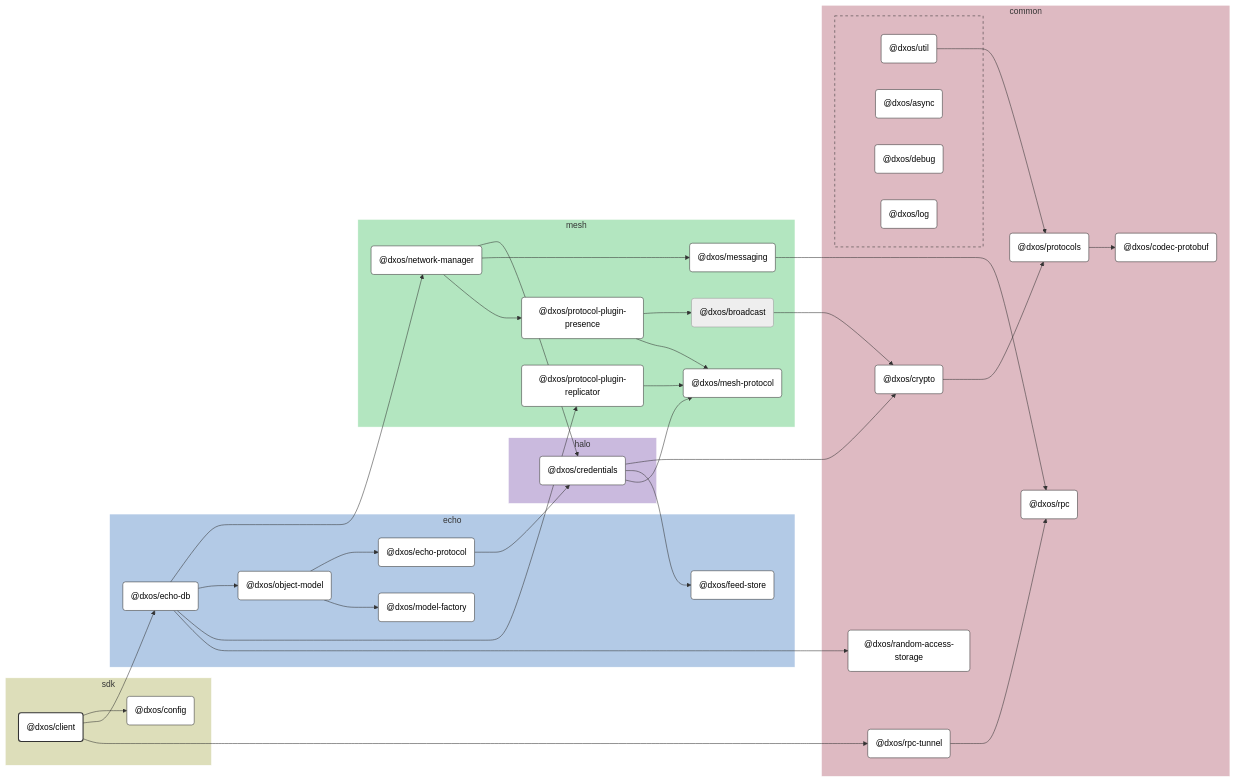
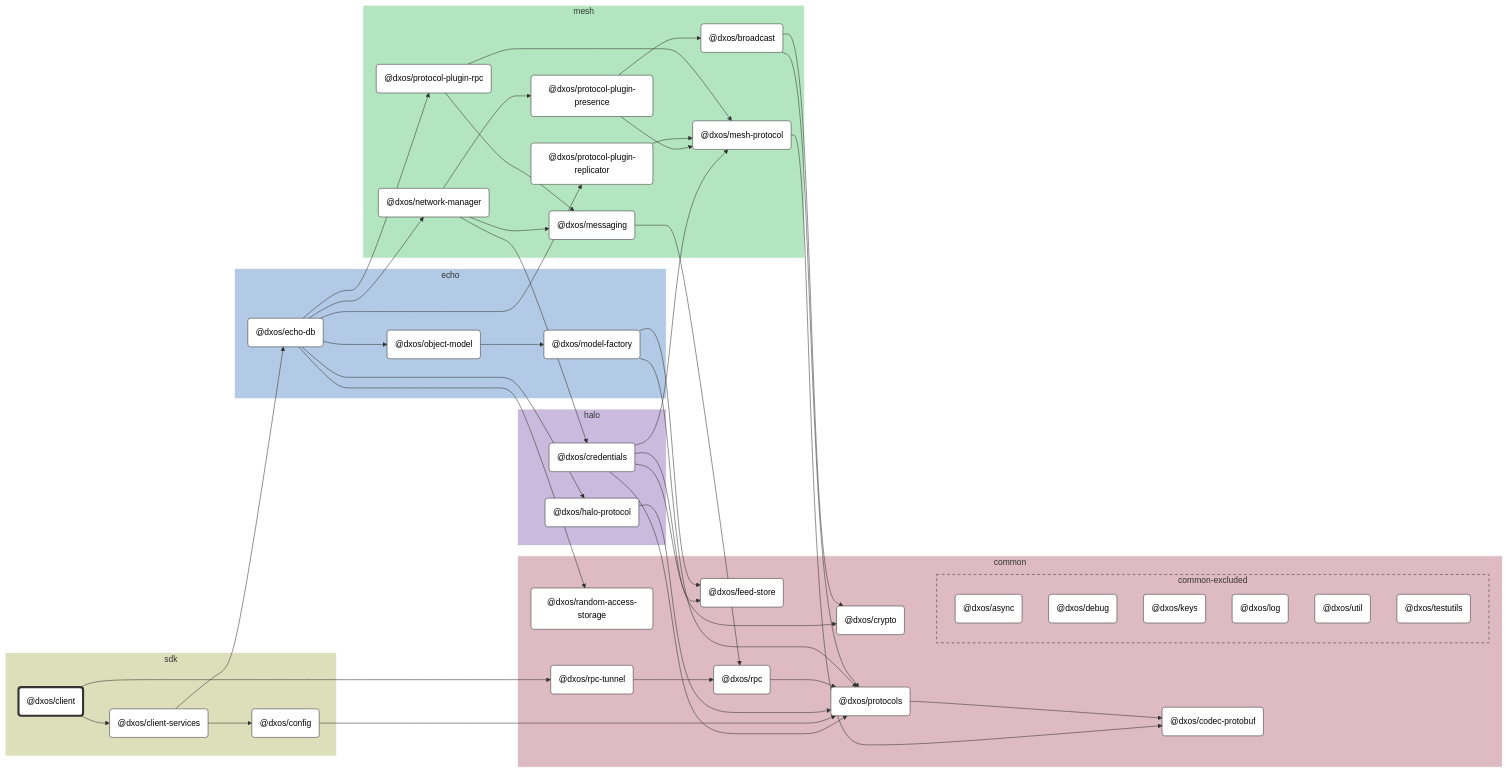
Before and after one commit to dxos/dxos: the diagram in packages/sdk/client/docs/README.md, drawn with Mermaid (neutral theme). The commit also changed other lines of this file and 683 other files, not shown here.

````diff
--- a/packages/sdk/client/docs/README.md
+++ b/packages/sdk/client/docs/README.md
@@ -9,140 +9,126 @@
 
 flowchart LR
 
-%% Links
-dxos/broadcast --> dxos/crypto;
-dxos/client --> dxos/config;
-dxos/client --> dxos/echo-db;
-dxos/client --> dxos/rpc-tunnel;
-dxos/credentials --> dxos/crypto;
-dxos/credentials --> dxos/feed-store;
-dxos/credentials --> dxos/mesh-protocol;
-dxos/crypto --> dxos/protocols;
-dxos/echo-db --> dxos/network-manager;
-dxos/echo-db --> dxos/object-model;
-dxos/echo-db --> dxos/protocol-plugin-replicator;
-dxos/echo-db --> dxos/random-access-storage;
-dxos/echo-protocol --> dxos/credentials;
-dxos/messaging --> dxos/rpc;
-dxos/network-manager --> dxos/credentials;
-dxos/network-manager --> dxos/messaging;
-dxos/network-manager --> dxos/protocol-plugin-presence;
-dxos/object-model --> dxos/echo-protocol;
-dxos/object-model --> dxos/model-factory;
-dxos/protocol-plugin-presence --> dxos/broadcast;
-dxos/protocol-plugin-presence --> dxos/mesh-protocol;
-dxos/protocol-plugin-replicator --> dxos/mesh-protocol;
-dxos/protocols --> dxos/codec-protobuf;
-dxos/rpc-tunnel --> dxos/rpc;
-dxos/util --> dxos/protocols;
+%% Classes
+classDef def fill:#fff,stroke:#333,stroke-width:1px
+classDef root fill:#fff,stroke:#333,stroke-width:4px
 
-%% Sections
-subgraph sdk
-  style sdk fill:#dddeba,stroke:#fff;
+%% Nodes
 
-  dxos/client("@dxos/client")
-  dxos/config("@dxos/config")
+subgraph sdk [sdk]
+  style sdk fill:#dddeba,stroke:#fff
+  dxos/client("@dxos/client"):::root
+  click dxos/client "dxos/dxos/tree/main/packages/sdk/client/docs"
+  dxos/client-services("@dxos/client-services"):::def
+  click dxos/client-services "dxos/dxos/tree/main/packages/sdk/client-services/docs"
+  dxos/config("@dxos/config"):::def
+  click dxos/config "dxos/dxos/tree/main/packages/sdk/config/docs"
 end
 
-subgraph common
-  style common fill:#debac2,stroke:#fff;
+subgraph common [common]
+  style common fill:#debac2,stroke:#fff
+  dxos/codec-protobuf("@dxos/codec-protobuf"):::def
+  click dxos/codec-protobuf "dxos/dxos/tree/main/packages/common/codec-protobuf/docs"
+  dxos/crypto("@dxos/crypto"):::def
+  click dxos/crypto "dxos/dxos/tree/main/packages/common/crypto/docs"
+  dxos/feed-store("@dxos/feed-store"):::def
+  click dxos/feed-store "dxos/dxos/tree/main/packages/common/feed-store/docs"
+  dxos/protocols("@dxos/protocols"):::def
+  click dxos/protocols "dxos/dxos/tree/main/packages/common/protocols/docs"
+  dxos/rpc("@dxos/rpc"):::def
+  click dxos/rpc "dxos/dxos/tree/main/packages/common/rpc/docs"
+  dxos/random-access-storage("@dxos/random-access-storage"):::def
+  click dxos/random-access-storage "dxos/dxos/tree/main/packages/common/random-access-storage/docs"
+  dxos/rpc-tunnel("@dxos/rpc-tunnel"):::def
+  click dxos/rpc-tunnel "dxos/dxos/tree/main/packages/common/rpc-tunnel/docs"
 
-  dxos/codec-protobuf("@dxos/codec-protobuf")
-  dxos/crypto("@dxos/crypto")
-  dxos/protocols("@dxos/protocols")
-  dxos/random-access-storage("@dxos/random-access-storage")
-  dxos/rpc("@dxos/rpc")
-  dxos/rpc-tunnel("@dxos/rpc-tunnel")
-
-  subgraph common-excluded [ ]
-    style common-excluded fill:#debac2,stroke:#333,stroke-dasharray:5 5;
-
-    dxos/async("@dxos/async")
-    dxos/debug("@dxos/debug")
-    dxos/log("@dxos/log")
-    dxos/util("@dxos/util")
+  subgraph common-excluded [common-excluded]
+    style common-excluded fill:#debac2,stroke:#333,stroke-dasharray:5 5
+    dxos/async("@dxos/async"):::def
+    click dxos/async "dxos/dxos/tree/main/packages/common/async/docs"
+    dxos/debug("@dxos/debug"):::def
+    click dxos/debug "dxos/dxos/tree/main/packages/common/debug/docs"
+    dxos/keys("@dxos/keys"):::def
+    click dxos/keys "dxos/dxos/tree/main/packages/common/keys/docs"
+    dxos/log("@dxos/log"):::def
+    click dxos/log "dxos/dxos/tree/main/packages/common/log/docs"
+    dxos/util("@dxos/util"):::def
+    click dxos/util "dxos/dxos/tree/main/packages/common/util/docs"
+    dxos/testutils("@dxos/testutils"):::def
+    click dxos/testutils "dxos/dxos/tree/main/packages/common/testutils/docs"
   end
 end
 
-subgraph echo
-  style echo fill:#b3cae6,stroke:#fff;
-
-  dxos/echo-db("@dxos/echo-db")
-  dxos/echo-protocol("@dxos/echo-protocol")
-  dxos/feed-store("@dxos/feed-store")
-  dxos/model-factory("@dxos/model-factory")
-  dxos/object-model("@dxos/object-model")
+subgraph halo [halo]
+  style halo fill:#cabade,stroke:#fff
+  dxos/credentials("@dxos/credentials"):::def
+  click dxos/credentials "dxos/dxos/tree/main/packages/halo/credentials/docs"
+  dxos/halo-protocol("@dxos/halo-protocol"):::def
+  click dxos/halo-protocol "dxos/dxos/tree/main/packages/halo/halo-protocol/docs"
 end
 
-subgraph halo
-  style halo fill:#cabade,stroke:#fff;
-
-  dxos/credentials("@dxos/credentials")
+subgraph mesh [mesh]
+  style mesh fill:#b3e6c0,stroke:#fff
+  dxos/mesh-protocol("@dxos/mesh-protocol"):::def
+  click dxos/mesh-protocol "dxos/dxos/tree/main/packages/mesh/mesh-protocol/docs"
+  dxos/messaging("@dxos/messaging"):::def
+  click dxos/messaging "dxos/dxos/tree/main/packages/mesh/messaging/docs"
+  dxos/network-manager("@dxos/network-manager"):::def
+  click dxos/network-manager "dxos/dxos/tree/main/packages/mesh/network-manager/docs"
+  dxos/protocol-plugin-presence("@dxos/protocol-plugin-presence"):::def
+  click dxos/protocol-plugin-presence "dxos/dxos/tree/main/packages/mesh/protocol-plugin-presence/docs"
+  dxos/broadcast("@dxos/broadcast"):::def
+  click dxos/broadcast "dxos/dxos/tree/main/packages/mesh/broadcast/docs"
+  dxos/protocol-plugin-replicator("@dxos/protocol-plugin-replicator"):::def
+  click dxos/protocol-plugin-replicator "dxos/dxos/tree/main/packages/mesh/protocol-plugin-replicator/docs"
+  dxos/protocol-plugin-rpc("@dxos/protocol-plugin-rpc"):::def
+  click dxos/protocol-plugin-rpc "dxos/dxos/tree/main/packages/mesh/protocol-plugin-rpc/docs"
 end
 
-subgraph mesh
-  style mesh fill:#b3e6c0,stroke:#fff;
-
-  dxos/broadcast("@dxos/broadcast")
-  dxos/mesh-protocol("@dxos/mesh-protocol")
-  dxos/messaging("@dxos/messaging")
-  dxos/network-manager("@dxos/network-manager")
-  dxos/protocol-plugin-presence("@dxos/protocol-plugin-presence")
-  dxos/protocol-plugin-replicator("@dxos/protocol-plugin-replicator")
+subgraph echo [echo]
+  style echo fill:#b3cae6,stroke:#fff
+  dxos/echo-db("@dxos/echo-db"):::def
+  click dxos/echo-db "dxos/dxos/tree/main/packages/echo/echo-db/docs"
+  dxos/model-factory("@dxos/model-factory"):::def
+  click dxos/model-factory "dxos/dxos/tree/main/packages/echo/model-factory/docs"
+  dxos/object-model("@dxos/object-model"):::def
+  click dxos/object-model "dxos/dxos/tree/main/packages/echo/object-model/docs"
 end
 
-
-%% Hyperlinks
-click dxos/async "dxos/dxos/tree/main/packages/common/async/docs";
-click dxos/codec-protobuf "dxos/dxos/tree/main/packages/common/codec-protobuf/docs";
-click dxos/config "dxos/dxos/tree/main/packages/sdk/config/docs";
-click dxos/credentials "dxos/dxos/tree/main/packages/halo/credentials/docs";
-click dxos/crypto "dxos/dxos/tree/main/packages/common/crypto/docs";
-click dxos/debug "dxos/dxos/tree/main/packages/common/debug/docs";
-click dxos/echo-db "dxos/dxos/tree/main/packages/echo/echo-db/docs";
-click dxos/echo-protocol "dxos/dxos/tree/main/packages/echo/echo-protocol/docs";
-click dxos/feed-store "dxos/dxos/tree/main/packages/echo/feed-store/docs";
-click dxos/log "dxos/dxos/tree/main/packages/common/log/docs";
-click dxos/mesh-protocol "dxos/dxos/tree/main/packages/mesh/mesh-protocol/docs";
-click dxos/messaging "dxos/dxos/tree/main/packages/mesh/messaging/docs";
-click dxos/model-factory "dxos/dxos/tree/main/packages/echo/model-factory/docs";
-click dxos/network-manager "dxos/dxos/tree/main/packages/mesh/network-manager/docs";
-click dxos/object-model "dxos/dxos/tree/main/packages/echo/object-model/docs";
-click dxos/protocol-plugin-presence "dxos/dxos/tree/main/packages/mesh/protocol-plugin-presence/docs";
-click dxos/protocol-plugin-replicator "dxos/dxos/tree/main/packages/mesh/protocol-plugin-replicator/docs";
-click dxos/protocols "dxos/dxos/tree/main/packages/common/protocols/docs";
-click dxos/random-access-storage "dxos/dxos/tree/main/packages/common/random-access-storage/docs";
-click dxos/rpc "dxos/dxos/tree/main/packages/common/rpc/docs";
-click dxos/rpc-tunnel "dxos/dxos/tree/main/packages/common/rpc-tunnel/docs";
-click dxos/util "dxos/dxos/tree/main/packages/common/util/docs";
-
-%% Styles
-classDef rootNode fill:#fff,stroke:#333,stroke-width:2px
-classDef defaultNode fill:#fff,stroke:#333,stroke-width:1px
+%% Links
 linkStyle default stroke:#333,stroke-width:1px
-
-dxos/client:::rootNode
-
-dxos/async:::defaultNode
-dxos/codec-protobuf:::defaultNode
-dxos/config:::defaultNode
-dxos/credentials:::defaultNode
-dxos/crypto:::defaultNode
-dxos/debug:::defaultNode
-dxos/echo-db:::defaultNode
-dxos/echo-protocol:::defaultNode
-dxos/feed-store:::defaultNode
-dxos/log:::defaultNode
-dxos/mesh-protocol:::defaultNode
-dxos/messaging:::defaultNode
-dxos/model-factory:::defaultNode
-dxos/network-manager:::defaultNode
-dxos/object-model:::defaultNode
-dxos/protocol-plugin-presence:::defaultNode
-dxos/protocol-plugin-replicator:::defaultNode
-dxos/protocols:::defaultNode
-dxos/random-access-storage:::defaultNode
-dxos/rpc:::defaultNode
-dxos/rpc-tunnel:::defaultNode
-dxos/util:::defaultNode
+dxos/client --> dxos/client-services
+dxos/credentials --> dxos/crypto
+dxos/credentials --> dxos/feed-store
+dxos/credentials --> dxos/mesh-protocol
+dxos/mesh-protocol --> dxos/codec-protobuf
+dxos/credentials --> dxos/protocols
+dxos/protocols --> dxos/codec-protobuf
+dxos/client-services --> dxos/config
+dxos/config --> dxos/protocols
+dxos/client-services --> dxos/echo-db
+dxos/echo-db --> dxos/halo-protocol
+dxos/halo-protocol --> dxos/protocols
+dxos/messaging --> dxos/rpc
+dxos/rpc --> dxos/protocols
+dxos/model-factory --> dxos/feed-store
+dxos/model-factory --> dxos/protocols
+dxos/echo-db --> dxos/network-manager
+dxos/network-manager --> dxos/credentials
+dxos/network-manager --> dxos/messaging
+dxos/network-manager --> dxos/protocol-plugin-presence
+dxos/protocol-plugin-presence --> dxos/broadcast
+dxos/broadcast --> dxos/crypto
+dxos/broadcast --> dxos/protocols
+dxos/protocol-plugin-presence --> dxos/mesh-protocol
+dxos/echo-db --> dxos/object-model
+dxos/object-model --> dxos/model-factory
+dxos/echo-db --> dxos/protocol-plugin-replicator
+dxos/protocol-plugin-replicator --> dxos/mesh-protocol
+dxos/echo-db --> dxos/random-access-storage
+dxos/echo-db --> dxos/protocol-plugin-rpc
+dxos/protocol-plugin-rpc --> dxos/messaging
+dxos/protocol-plugin-rpc --> dxos/mesh-protocol
+dxos/client --> dxos/rpc-tunnel
+dxos/rpc-tunnel --> dxos/rpc
 ```
````
